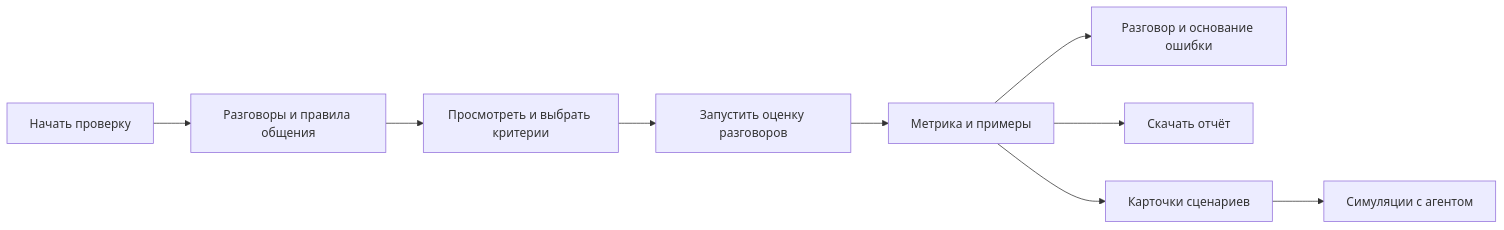
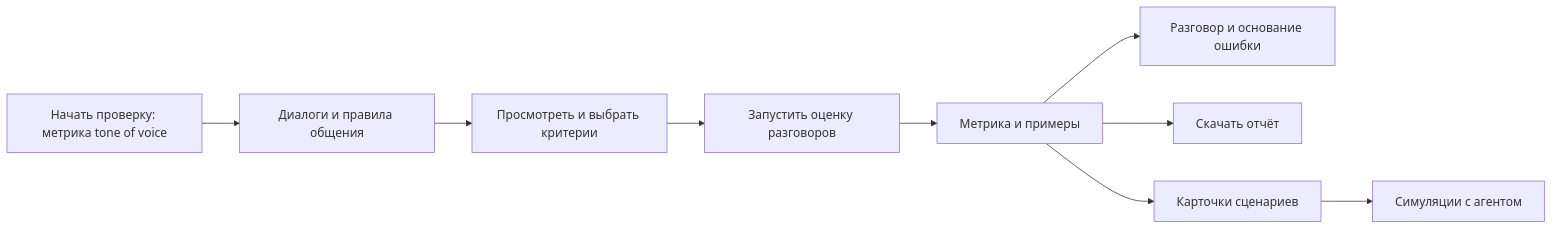
One commit to OmgiKikov/Agent-Lab changed the diagram in docs/frontend/TONE_OF_VOICE_FLOW.md. Above: the diagram before and after it, drawn with Mermaid. The commit also changed other lines of this file and 39 other files, not shown here.

````diff
--- a/docs/frontend/TONE_OF_VOICE_FLOW.md
+++ b/docs/frontend/TONE_OF_VOICE_FLOW.md
@@ -9,11 +9,11 @@
 ```mermaid
 flowchart LR
-  A[Начать проверку] --> B[Разговоры и правила общения]
+  A[Начать проверку: метрика tone of voice] --> B[Диалоги и правила общения]
   B --> C[Просмотреть и выбрать критерии]
   C --> D[Запустить оценку разговоров]
   D --> E[Метрика и примеры]
   E --> F[Разговор и основание ошибки]
   E --> G[Скачать отчёт]
   E --> H[Карточки сценариев]
   H --> I[Симуляции с агентом]
 ```
````
